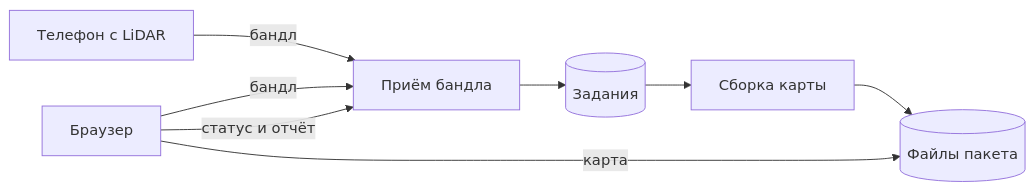
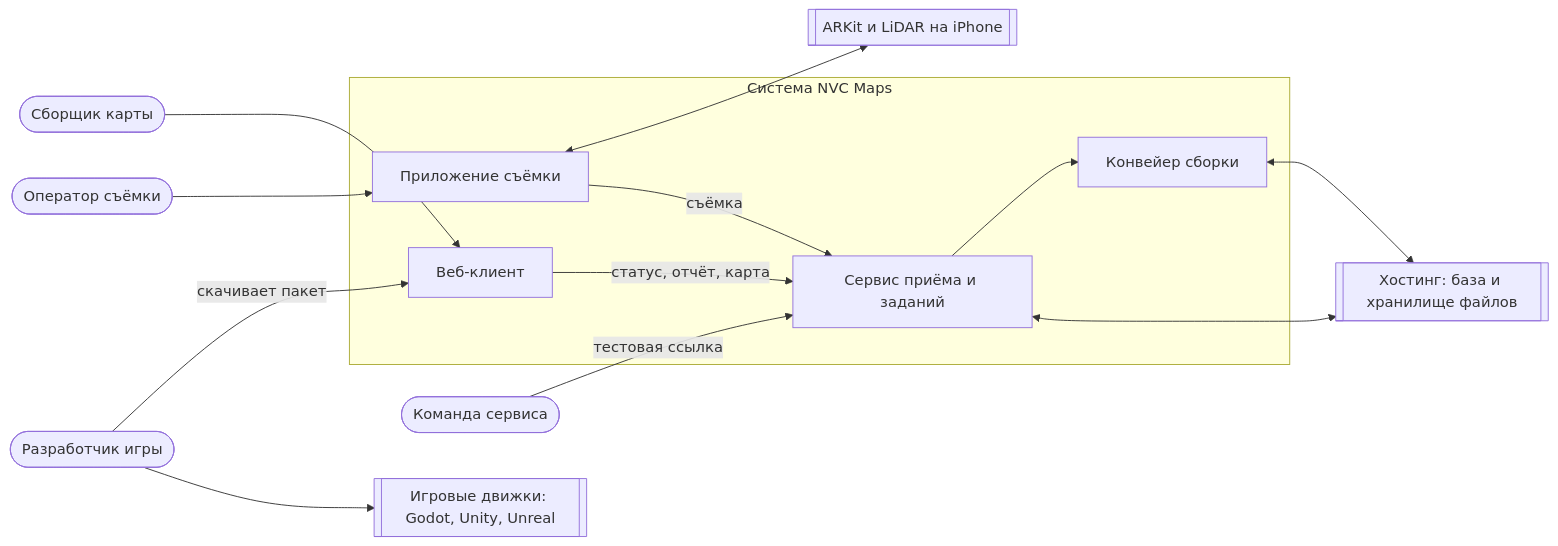
Before and after one commit to KalashnikovKV/nvc-business-analysis: the third of 6 diagrams in NVC-Maps-бизнес-анализ.md, drawn with Mermaid. The commit also changed other lines of this file and 46 other files, not shown here.

````diff
--- a/NVC-Maps-бизнес-анализ.md
+++ b/NVC-Maps-бизнес-анализ.md
@@ -174,16 +684,27 @@
 ```mermaid
 flowchart LR
-  Phone[Телефон с LiDAR]
-  Web[Браузер]
-  API[Приём бандла]
-  DB[(Задания)]
-  Worker[Сборка карты]
-  Store[(Файлы пакета)]
-  Phone -->|бандл| API
-  Web -->|бандл| API
-  API --> DB
-  DB --> Worker
-  Worker --> Store
-  Web -->|статус и отчёт| API
-  Web -->|карта| Store
+  Op([Оператор съёмки])
+  Col([Сборщик карты])
+  Dev([Разработчик игры])
+  Team([Команда сервиса])
+  subgraph NVC[Система NVC Maps]
+    App[Приложение съёмки]
+    API[Сервис приёма и заданий]
+    Worker[Конвейер сборки]
+    Web[Веб-клиент]
+  end
+  ARKit[[ARKit и LiDAR на iPhone]]
+  Host[[Хостинг: база и хранилище файлов]]
+  Engine[[Игровые движки: Godot, Unity, Unreal]]
+  Op --> App
+  App <--> ARKit
+  App -->|съёмка| API
+  Col --> Web
+  Web -->|статус, отчёт, карта| API
+  API --> Worker
+  API <--> Host
+  Worker <--> Host
+  Dev -->|скачивает пакет| Web
+  Dev --> Engine
+  Team -->|тестовая ссылка| API
 ```
````
